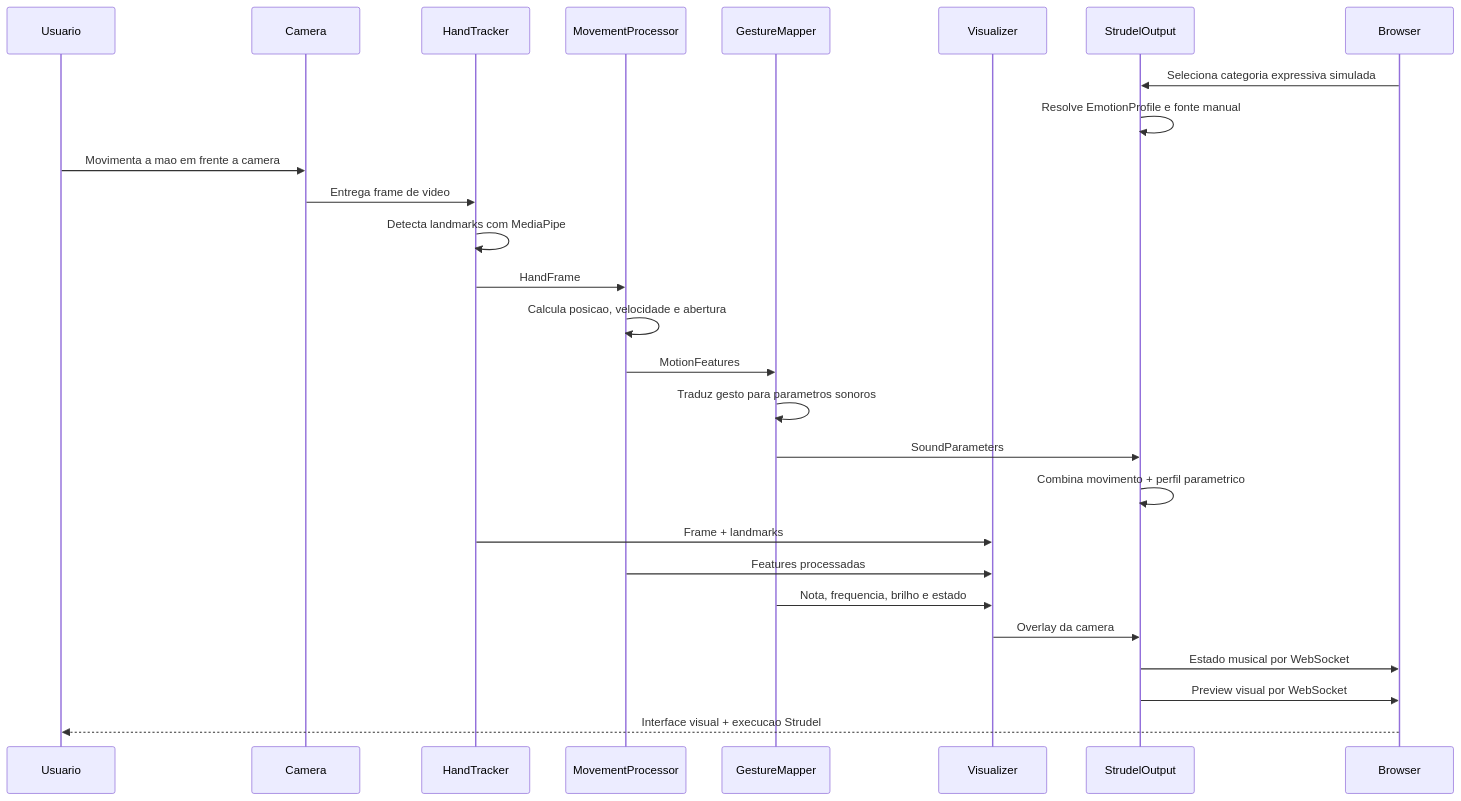
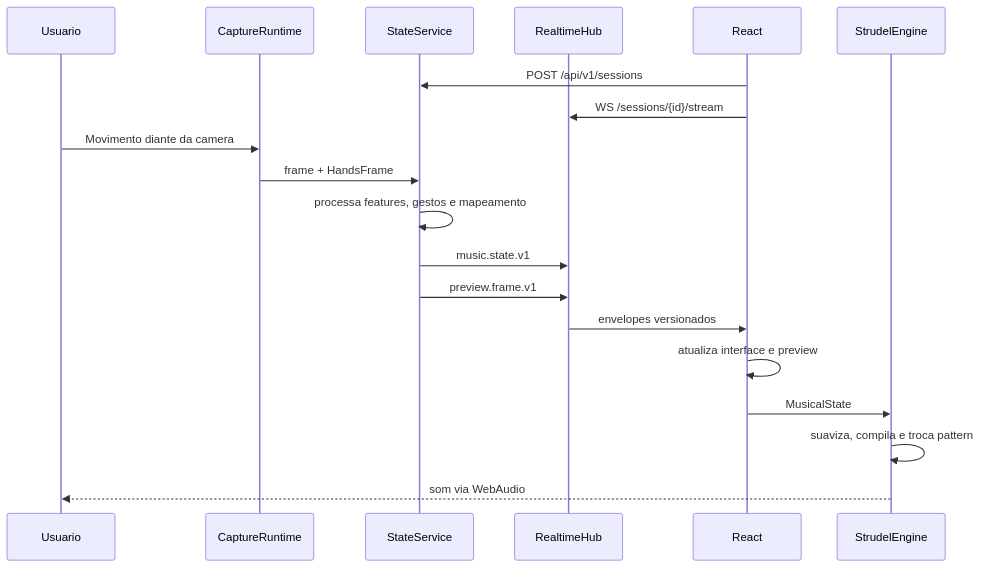
One commit to lavsouza/TCC changed the third of 3 diagrams in docs/architecture.md. Above: the diagram before and after it, drawn with Mermaid. The commit also changed other lines of this file and 57 other files, not shown here.

First line of the commit message:
feat: desacopla backend FastAPI e frontend React

````diff
--- a/docs/architecture.md
+++ b/docs/architecture.md
@@ -47,30 +68,22 @@
 ```mermaid
 sequenceDiagram
     participant U as Usuario
-    participant C as Camera
-    participant H as HandTracker
-    participant P as MovementProcessor
-    participant M as GestureMapper
-    participant V as Visualizer
-    participant O as StrudelOutput
-    participant B as Browser
+    participant C as CaptureRuntime
+    participant S as StateService
+    participant H as RealtimeHub
+    participant R as React
+    participant E as StrudelEngine
 
-    B->>O: Seleciona categoria expressiva simulada
-    O->>O: Resolve EmotionProfile e fonte manual
-    U->>C: Movimenta a mao em frente a camera
-    C->>H: Entrega frame de video
-    H->>H: Detecta landmarks com MediaPipe
-    H->>P: HandFrame
-    P->>P: Calcula posicao, velocidade e abertura
-    P->>M: MotionFeatures
-    M->>M: Traduz gesto para parametros sonoros
-    M->>O: SoundParameters
-    O->>O: Combina movimento + perfil parametrico
-    H->>V: Frame + landmarks
-    P->>V: Features processadas
-    M->>V: Nota, frequencia, brilho e estado
-    V->>O: Overlay da camera
-    O->>B: Estado musical por WebSocket
-    O->>B: Preview visual por WebSocket
-    B-->>U: Interface visual + execucao Strudel
+    R->>S: POST /api/v1/sessions
+    R->>H: WS /sessions/{id}/stream
+    U->>C: Movimento diante da camera
+    C->>S: frame + HandsFrame
+    S->>S: processa features, gestos e mapeamento
+    S->>H: music.state.v1
+    S->>H: preview.frame.v1
+    H->>R: envelopes versionados
+    R->>R: atualiza interface e preview
+    R->>E: MusicalState
+    E->>E: suaviza, compila e troca pattern
+    E-->>U: som via WebAudio
 ```
````
